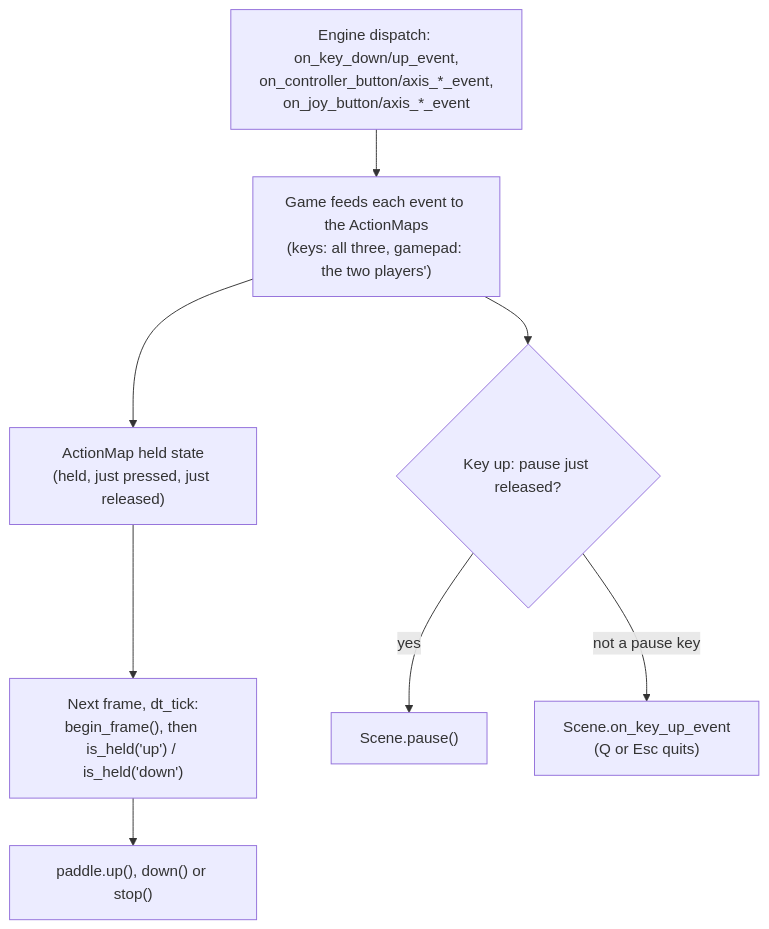
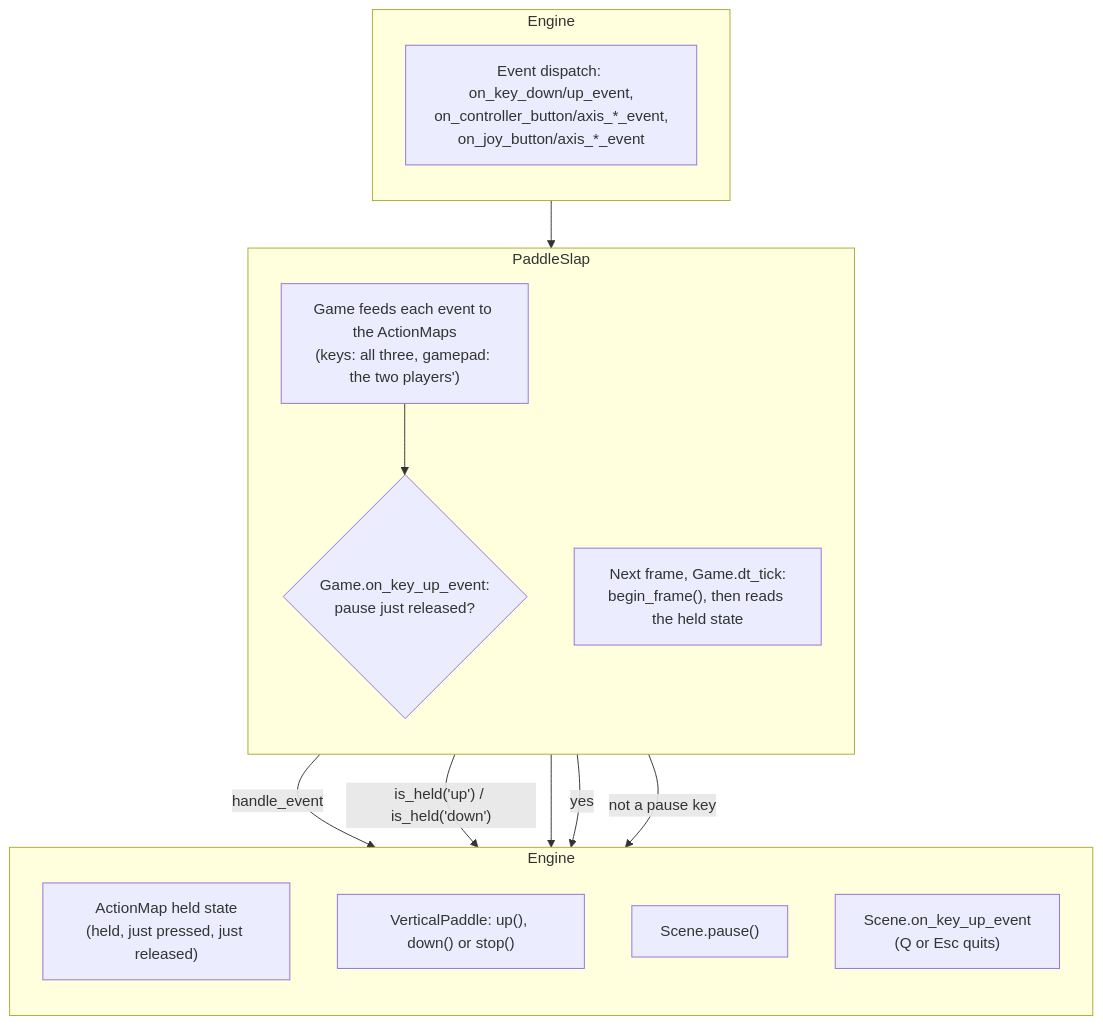
One commit to terrysimons/glitchygames changed the seventh of 7 diagrams in docs/games/paddleslap.md. Above: the diagram before and after it, drawn with Mermaid. The commit also changed other lines of this file, not shown here.

First line of the commit message:
Docs: PaddleSlap's other diagrams split into Engine and PaddleSlap

````diff
--- a/docs/games/paddleslap.md
+++ b/docs/games/paddleslap.md
@@ -450,10 +494,27 @@
 ```mermaid
 flowchart TB
-    events["Engine dispatch: on_key_down/up_event,<br/>on_controller_button/axis_*_event,<br/>on_joy_button/axis_*_event"] --> feed["Game feeds each event to the ActionMaps<br/>(keys: all three, gamepad: the two players')"]
-    feed --> state["ActionMap held state<br/>(held, just pressed, just released)"]
-    state --> tick["Next frame, dt_tick:<br/>begin_frame(), then is_held('up') / is_held('down')"]
-    tick --> paddle["paddle.up(), down() or stop()"]
-    feed --> pause{"Key up: pause just released?"}
-    pause -- yes --> pausecall["Scene.pause()"]
-    pause -- "not a pause key" --> base["Scene.on_key_up_event<br/>(Q or Esc quits)"]
+    subgraph ENGINE_INPUT_DISPATCH["Engine"]
+        direction TB
+        events["Event dispatch: on_key_down/up_event,<br/>on_controller_button/axis_*_event,<br/>on_joy_button/axis_*_event"]
+    end
+    subgraph GAME_INPUT["PaddleSlap"]
+        direction TB
+        feed["Game feeds each event to the ActionMaps<br/>(keys: all three, gamepad: the two players')"]
+        pause{"Game.on_key_up_event:<br/>pause just released?"}
+        tick["Next frame, Game.dt_tick:<br/>begin_frame(), then reads the held state"]
+    end
+    subgraph ENGINE_INPUT_PARTS["Engine"]
+        direction TB
+        state["ActionMap held state<br/>(held, just pressed, just released)"]
+        paddle["VerticalPaddle: up(), down() or stop()"]
+        pausecall["Scene.pause()"]
+        base["Scene.on_key_up_event<br/>(Q or Esc quits)"]
+    end
+    events --> feed
+    feed --> pause
+    feed -- handle_event --> state
+    tick -- "is_held('up') / is_held('down')" --> state
+    tick --> paddle
+    pause -- yes --> pausecall
+    pause -- "not a pause key" --> base
 ```
````
